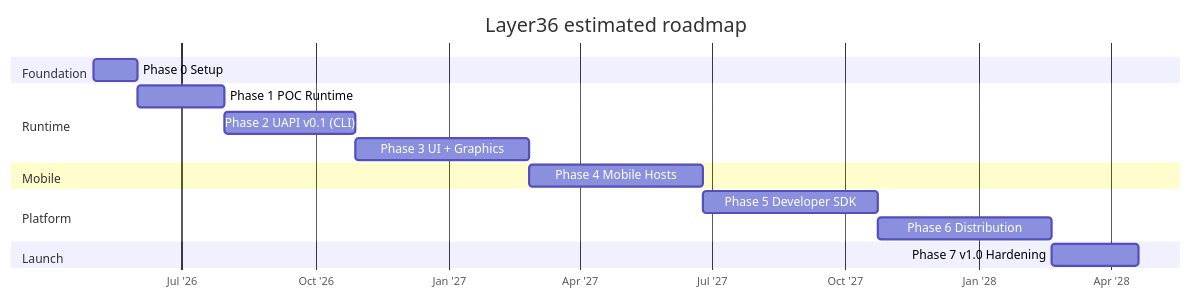
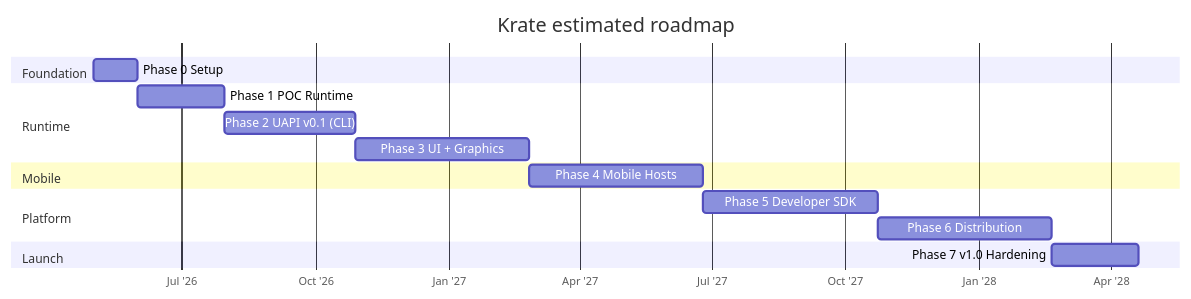
The first of 10 diagrams in Plan/Build-Plan.md (incyashraj/krate), drawn with Mermaid before and after one commit. The commit also changed other lines of this file and 342 other files, not shown here.

First line of the commit message:
feat!: rename Layer36 to Krate across the entire system (A9 Phase B)

````diff
--- a/Plan/Build-Plan.md
+++ b/Plan/Build-Plan.md
@@ -96,20 +96,20 @@
 ```mermaid
 gantt
-    title Layer36 estimated roadmap
+    title Krate estimated roadmap
     dateFormat  YYYY-MM-DD
     axisFormat  %b '%y
 
     section Foundation
     Phase 0 Setup             :p0, 2026-05-01, 30d
     section Runtime
     Phase 1 POC Runtime       :p1, after p0, 60d
     Phase 2 UAPI v0.1 (CLI)   :p2, after p1, 90d
     Phase 3 UI + Graphics     :p3, after p2, 120d
     section Mobile
     Phase 4 Mobile Hosts      :p4, after p3, 120d
     section Platform
     Phase 5 Developer SDK     :p5, after p4, 120d
     Phase 6 Distribution      :p6, after p5, 120d
     section Launch
     Phase 7 v1.0 Hardening    :p7, after p6, 60d
 ```
````
